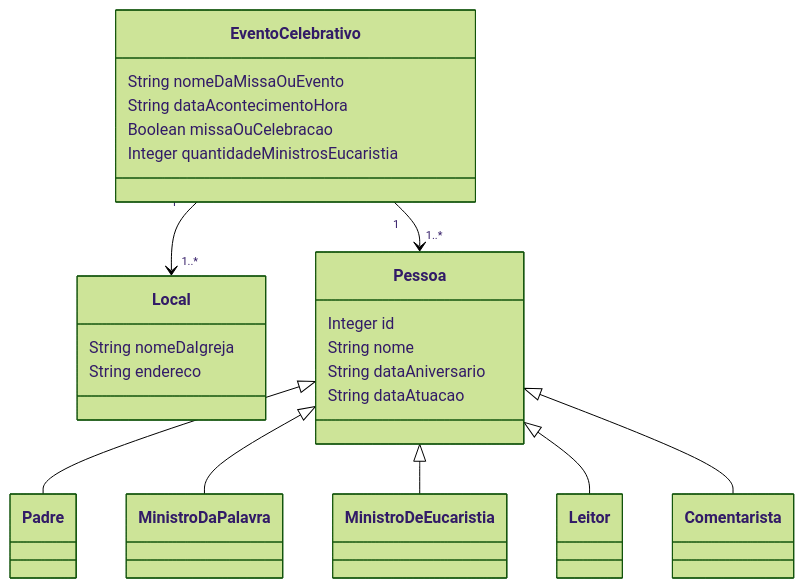
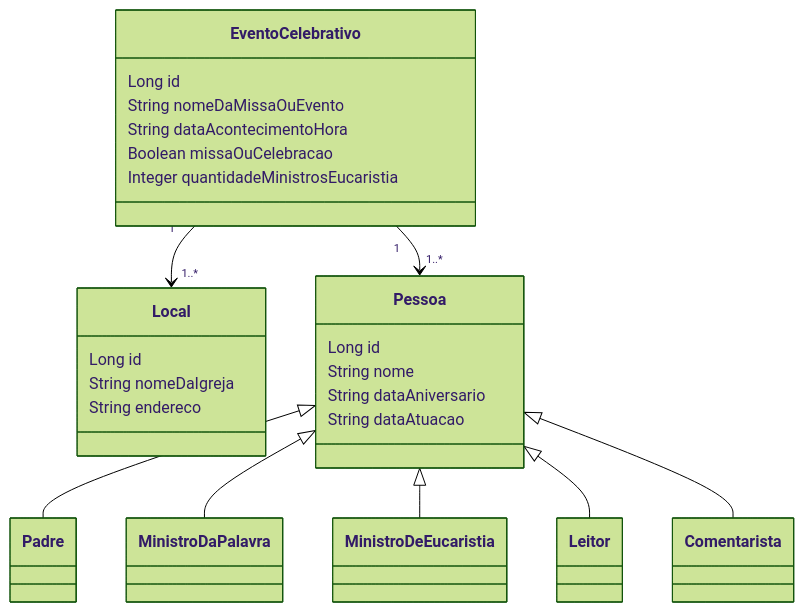
One commit to lucashonorioo/api-evento-celebrativo changed the diagram in README.md. Above: the diagram before and after it, drawn with Mermaid (forest theme).

````diff
--- a/README.md
+++ b/README.md
@@ -6,38 +6,40 @@
 ```mermaid
 
 classDiagram
   class EventoCelebrativo {
+    Long id
     String nomeDaMissaOuEvento
     String dataAcontecimentoHora
     Boolean missaOuCelebracao
     Integer quantidadeMinistrosEucaristia
   }
 
   class Local {
+    Long id
     String nomeDaIgreja
     String endereco
   }
 
   class Pessoa {
-    Integer id
+    Long id
     String nome
     String dataAniversario
     String dataAtuacao
   }
 
   class Padre
   class MinistroDaPalavra
   class MinistroDeEucaristia
   class Leitor
   class Comentarista
 
   EventoCelebrativo "1" --> "1..*" Local
   EventoCelebrativo "1" --> "1..*" Pessoa
 
   Pessoa <|-- Padre
   Pessoa <|-- MinistroDaPalavra
   Pessoa <|-- MinistroDeEucaristia
   Pessoa <|-- Leitor
   Pessoa <|-- Comentarista
 
 ```
````
